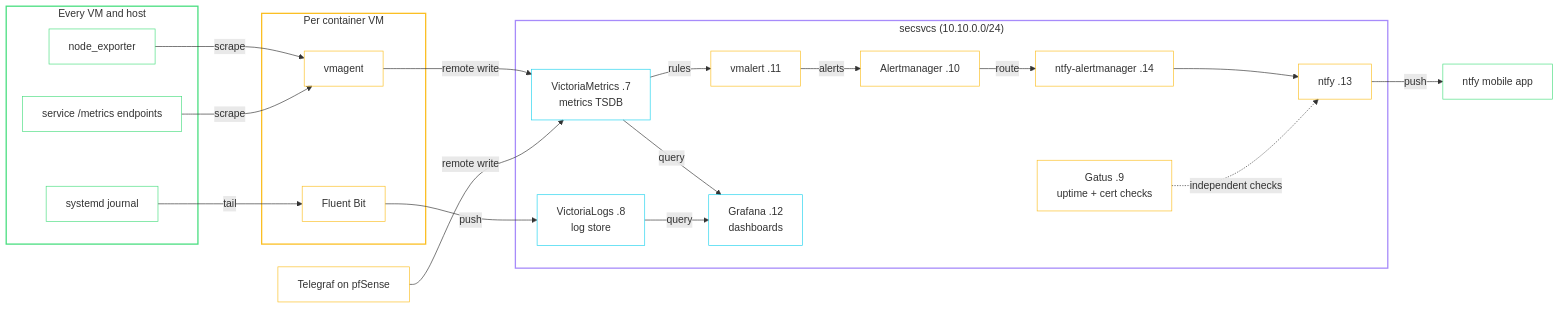
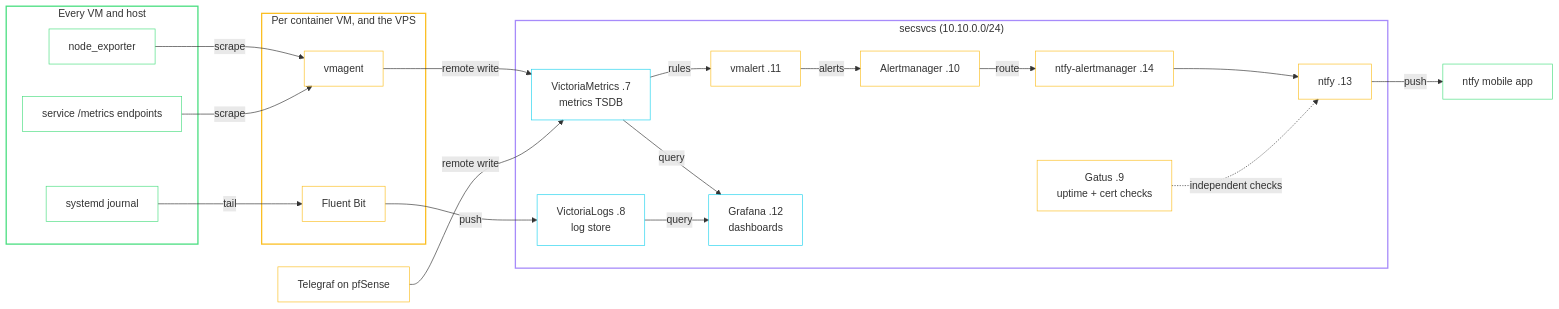
One commit to babraham123/homelab changed the diagram in rendered/docs/services.md. Above: the diagram before and after it, drawn with Mermaid. The commit also changed other lines of this file and 32 other files, not shown here.

````diff
--- a/rendered/docs/services.md
+++ b/rendered/docs/services.md
@@ -94,53 +96,53 @@
 ```mermaid
 flowchart LR
     subgraph sources["Every VM and host"]
         ne["node_exporter"]
         sm["service /metrics endpoints"]
         jd["systemd journal"]
     end
 
     tg["Telegraf on pfSense"]
 
-    subgraph agents["Per container VM"]
+    subgraph agents["Per container VM, and the VPS"]
         vmagent["vmagent"]
         fb["Fluent Bit"]
     end
 
     subgraph sec["secsvcs (10.10.0.0/24)"]
         vm["VictoriaMetrics .7<br/>metrics TSDB"]
         vl["VictoriaLogs .8<br/>log store"]
         va["vmalert .11"]
         am["Alertmanager .10"]
         nam["ntfy-alertmanager .14"]
         ntfy["ntfy .13"]
         graf["Grafana .12<br/>dashboards"]
         gatus["Gatus .9<br/>uptime + cert checks"]
     end
 
     phone["ntfy mobile app"]
 
     ne -- "scrape" --> vmagent
     sm -- "scrape" --> vmagent
     jd -- "tail" --> fb
     vmagent -- "remote write" --> vm
     tg -- "remote write" --> vm
     fb -- "push" --> vl
     vm -- "rules" --> va
     va -- "alerts" --> am
     am -- "route" --> nam
     nam --> ntfy
     ntfy -- "push" --> phone
     vm -- "query" --> graf
     vl -- "query" --> graf
     gatus -. "independent checks" .-> ntfy
 
     style sources stroke:#4ade80,stroke-width:2px,fill:transparent
     style agents stroke:#fbbf24,stroke-width:2px,fill:transparent
     style sec stroke:#a78bfa,stroke-width:2px,fill:transparent
     classDef src stroke:#4ade80,fill:transparent
     classDef agent stroke:#fbbf24,fill:transparent
     classDef data stroke:#22d3ee,fill:transparent
     class ne,sm,jd,phone src
     class tg,vmagent,fb,va,am,nam,ntfy,gatus agent
     class vm,vl,graf data
 ```
````
